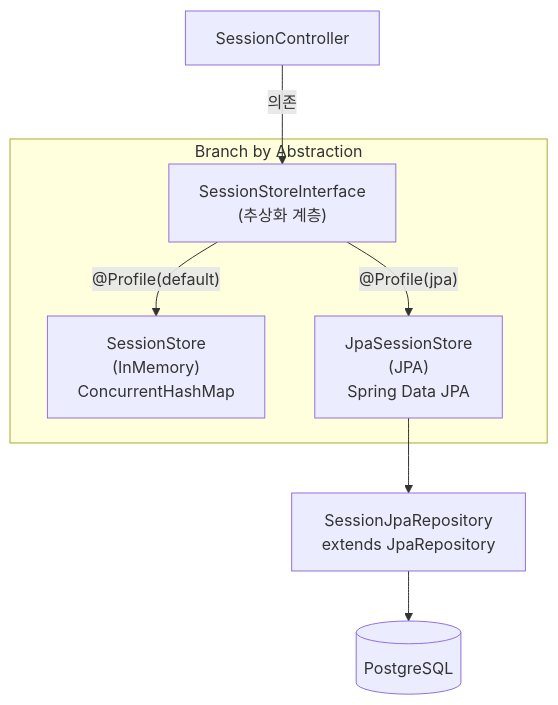
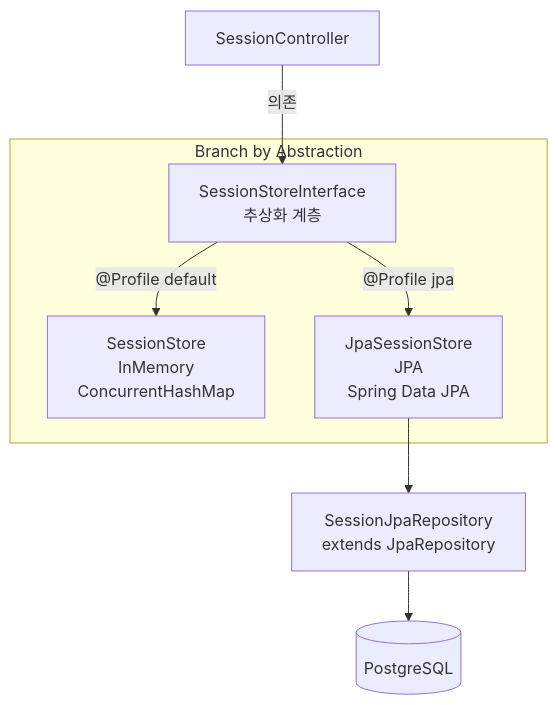
Before and after one commit to janghoesoo1/pact-conference-demo-phase1: the tenth of 23 diagrams in docs/ARCHITECTURE.md, drawn with Mermaid. The commit also changed other lines of this file and 6 other files, not shown here.

````diff
--- a/docs/ARCHITECTURE.md
+++ b/docs/ARCHITECTURE.md
@@ -678,16 +670,16 @@
 ```mermaid
 graph TB
-    CTRL[SessionController] -->|의존| IFACE["SessionStoreInterface\n(추상화 계층)"]
+    CTRL[SessionController] -->|의존| IFACE["SessionStoreInterface<br/>추상화 계층"]
 
-    IFACE -->|"@Profile(default)"| MEM["SessionStore\n(InMemory)\nConcurrentHashMap"]
-    IFACE -->|"@Profile(jpa)"| JPA["JpaSessionStore\n(JPA)\nSpring Data JPA"]
+    IFACE -->|"@Profile default"| MEM["SessionStore<br/>InMemory<br/>ConcurrentHashMap"]
+    IFACE -->|"@Profile jpa"| JPA["JpaSessionStore<br/>JPA<br/>Spring Data JPA"]
 
-    JPA --> REPO["SessionJpaRepository\nextends JpaRepository"]
+    JPA --> REPO["SessionJpaRepository<br/>extends JpaRepository"]
     REPO --> DB[(PostgreSQL)]
 
     subgraph "Branch by Abstraction"
         IFACE
         MEM
         JPA
     end
 ```
````
